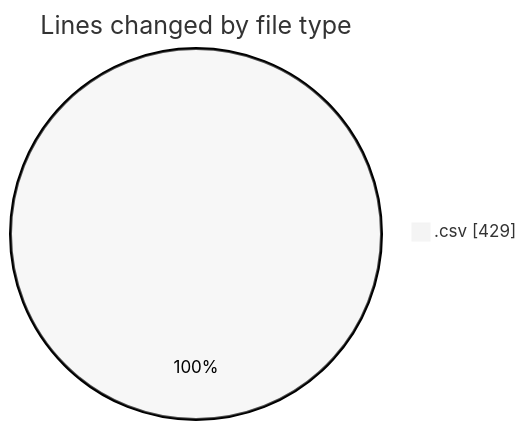
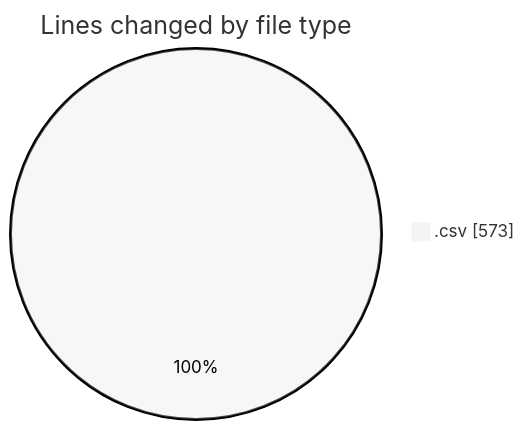
Before and after one commit to EIIisD/code-tracking: the first of 2 diagrams in 2025-08-11/transactions-new/README.md, drawn with Mermaid (neutral theme). The commit also changed other lines of this file and 1 other file, not shown here.

````diff
--- a/2025-08-11/transactions-new/README.md
+++ b/2025-08-11/transactions-new/README.md
@@ -22,5 +23,5 @@
 ```mermaid
 pie showData
 title Lines changed by file type
-".csv" : 429
+".csv" : 573
 ```
````
